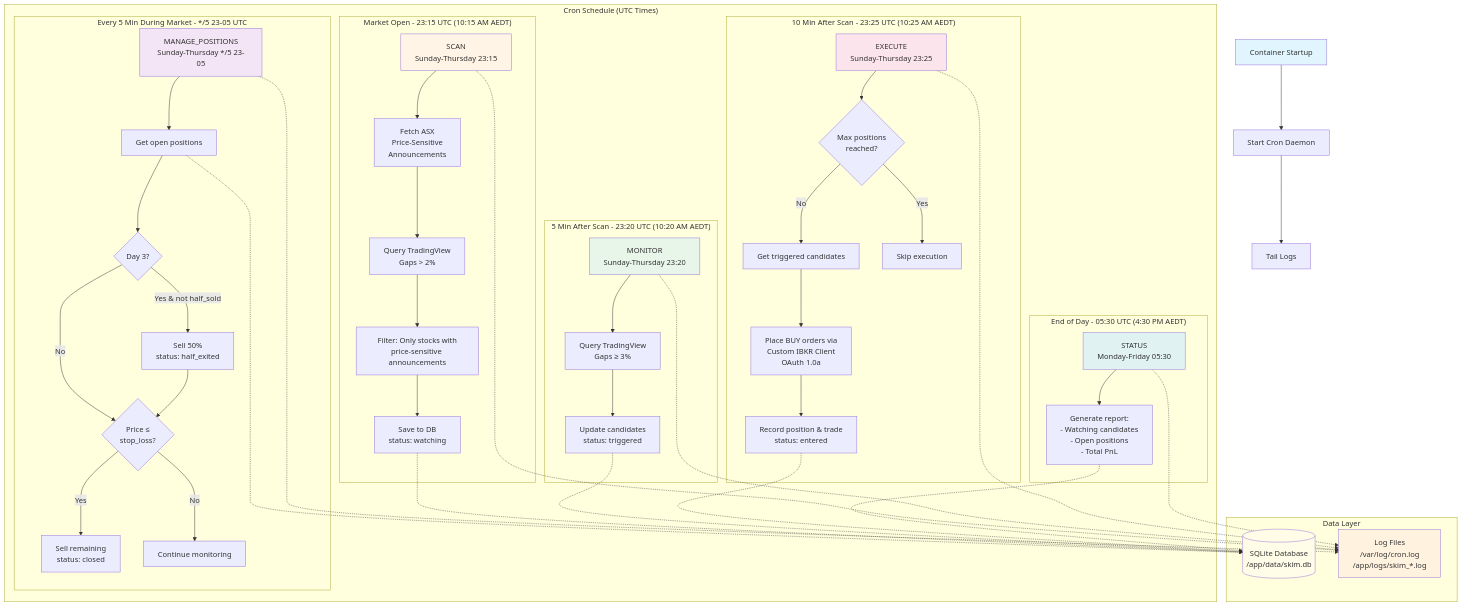
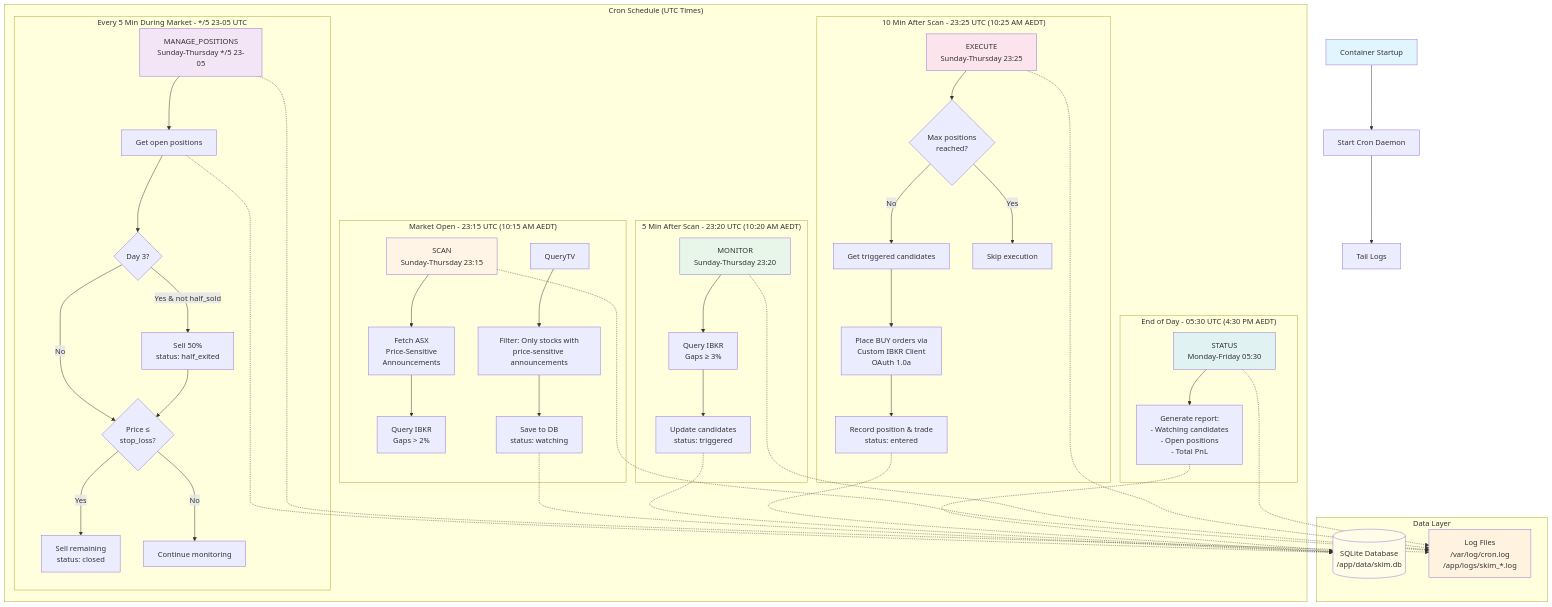
Before and after one commit to dairycow/skim: the diagram in docs/TRADING_WORKFLOW.md, drawn with Mermaid. The commit also changed other lines of this file and 26 other files, not shown here.

First line of the commit message:
refactor: replace TradingView scanner with IBKR-native gap scanning and OR tracking

````diff
--- a/docs/TRADING_WORKFLOW.md
+++ b/docs/TRADING_WORKFLOW.md
@@ -7,73 +7,73 @@
 ```mermaid
 graph TB
     Start[Container Startup] --> StartCron[Start Cron Daemon]
     StartCron --> TailLogs[Tail Logs]
 
     subgraph "Cron Schedule (UTC Times)"
 
         subgraph "Market Open - 23:15 UTC (10:15 AM AEDT)"
             Scan[SCAN<br/>Sunday-Thursday 23:15]
             Scan --> FetchASX[Fetch ASX<br/>Price-Sensitive<br/>Announcements]
-            FetchASX --> QueryTV[Query TradingView<br/>Gaps > 2%]
+            FetchASX --> QueryIBKR[Query IBKR<br/>Gaps > 2%]
             QueryTV --> FilterPS[Filter: Only stocks with<br/>price-sensitive announcements]
             FilterPS --> SaveCandidates[Save to DB<br/>status: watching]
         end
 
         subgraph "5 Min After Scan - 23:20 UTC (10:20 AM AEDT)"
             Monitor[MONITOR<br/>Sunday-Thursday 23:20]
-            Monitor --> CheckGaps[Query TradingView<br/>Gaps ≥ 3%]
+            Monitor --> CheckGaps[Query IBKR<br/>Gaps ≥ 3%]
             CheckGaps --> UpdateCandidates[Update candidates<br/>status: triggered]
         end
 
         subgraph "10 Min After Scan - 23:25 UTC (10:25 AM AEDT)"
             Execute[EXECUTE<br/>Sunday-Thursday 23:25]
             Execute --> CheckMax{Max positions<br/>reached?}
             CheckMax -->|No| GetTriggered[Get triggered candidates]
             CheckMax -->|Yes| SkipExec[Skip execution]
             GetTriggered --> PlaceOrders[Place BUY orders via<br/>Custom IBKR Client<br/>OAuth 1.0a]
             PlaceOrders --> RecordPos[Record position & trade<br/>status: entered]
         end
 
         subgraph "Every 5 Min During Market - */5 23-05 UTC"
             Manage[MANAGE_POSITIONS<br/>Sunday-Thursday */5 23-05]
             Manage --> GetOpen[Get open positions]
             GetOpen --> CheckDay3{Day 3?}
             CheckDay3 -->|Yes & not half_sold| SellHalf[Sell 50%<br/>status: half_exited]
             CheckDay3 -->|No| CheckStop{Price ≤<br/>stop_loss?}
             SellHalf --> CheckStop
             CheckStop -->|Yes| SellAll[Sell remaining<br/>status: closed]
             CheckStop -->|No| Continue[Continue monitoring]
         end
 
         subgraph "End of Day - 05:30 UTC (4:30 PM AEDT)"
             Status[STATUS<br/>Monday-Friday 05:30]
             Status --> Report[Generate report:<br/>- Watching candidates<br/>- Open positions<br/>- Total PnL]
         end
     end
 
     subgraph "Data Layer"
         DB[(SQLite Database<br/>/app/data/skim.db)]
         Logs[Log Files<br/>/var/log/cron.log<br/>/app/logs/skim_*.log]
     end
 
     SaveCandidates -.-> DB
     UpdateCandidates -.-> DB
     RecordPos -.-> DB
     GetOpen -.-> DB
     Report -.-> DB
 
     Scan -.-> Logs
     Monitor -.-> Logs
     Execute -.-> Logs
     Manage -.-> Logs
     Status -.-> Logs
 
     style Start fill:#e1f5ff
     style Scan fill:#fff4e6
     style Monitor fill:#e8f5e9
     style Execute fill:#fce4ec
     style Manage fill:#f3e5f5
     style Status fill:#e0f2f1
     style DB fill:#fffde7
     style Logs fill:#fff3e0
 ```
````
